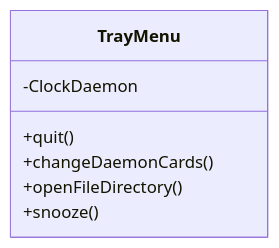
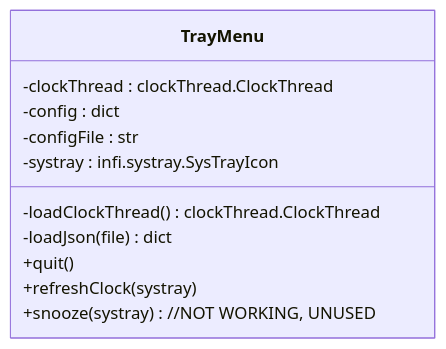
Before and after one commit to 24adamcho/sudden-flash-card-event: the third of 4 diagrams in docs/classdiagram.md, drawn with Mermaid. The commit also changed other lines of this file, not shown here.

Commit message:
class diagram updated

````diff
--- a/docs/classdiagram.md
+++ b/docs/classdiagram.md
@@ -48,11 +83,16 @@
 ```mermaid
 classDiagram
 direction LR
     class TrayMenu{
-        -ClockDaemon
+        -clockThread : clockThread.ClockThread
+        -config : dict
+        -configFile : str
+        -systray : infi.systray.SysTrayIcon
+
+        -loadClockThread() clockThread.ClockThread
+        -loadJson(file) dict
         +quit()
-        +changeDaemonCards()
-        +openFileDirectory()
-        +snooze()
+        +refreshClock(systray)
+        +snooze(systray) //NOT WORKING, UNUSED
     }
 ```
````
